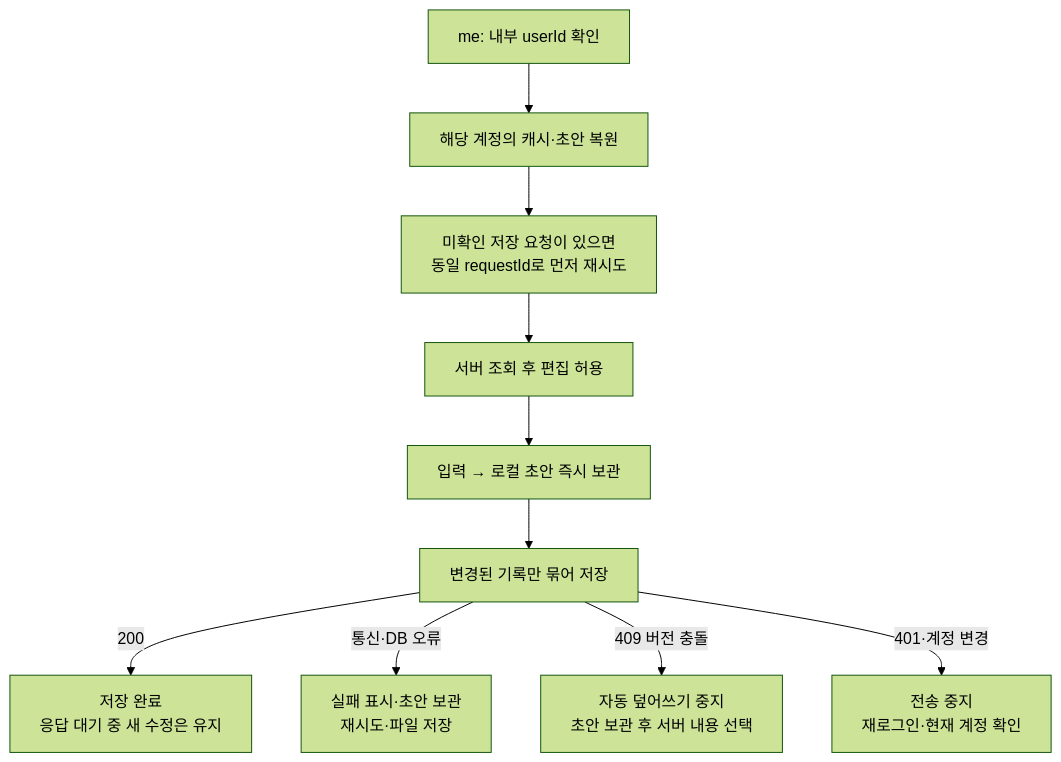
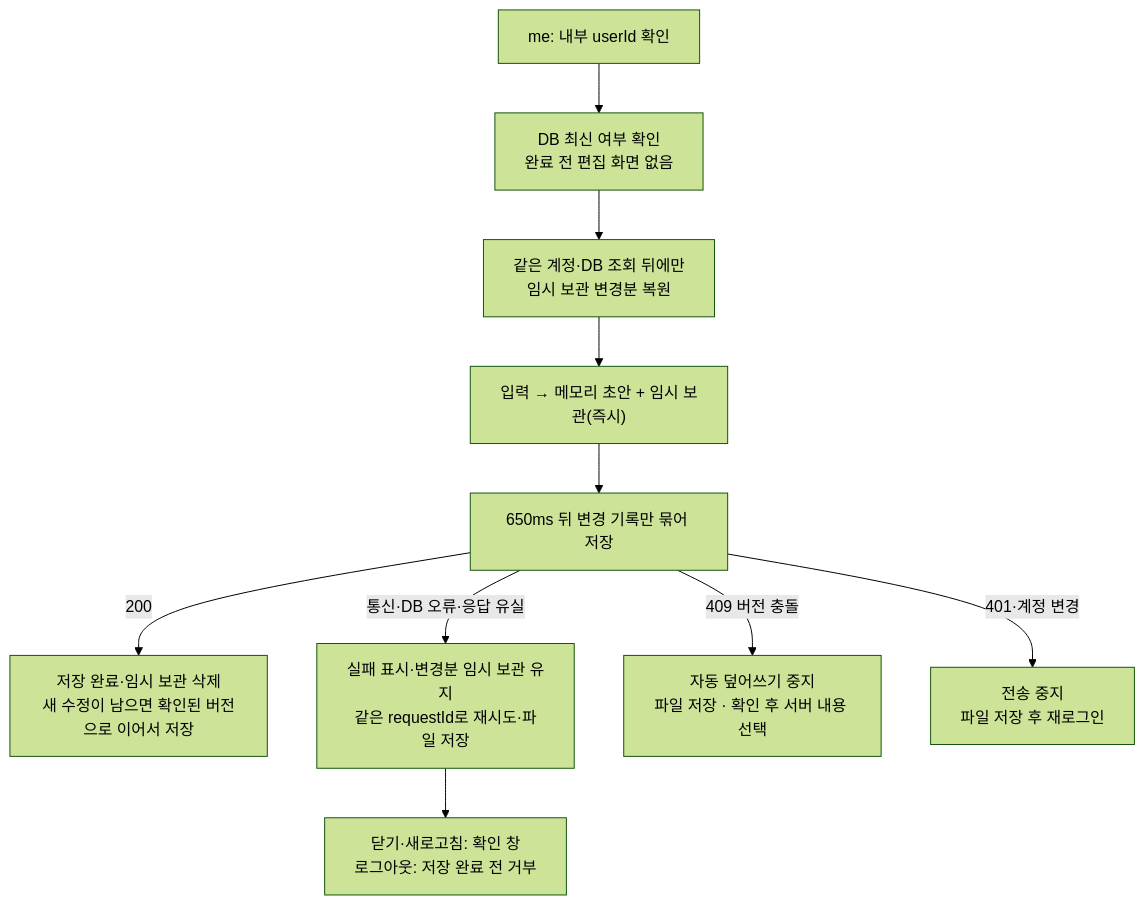
One commit to ChoHadam/plannet changed the second of 2 diagrams in docs/account-storage-design.md. Above: the diagram before and after it, drawn with Mermaid (forest theme). The commit also changed other lines of this file and 126 other files, not shown here.

````diff
--- a/docs/account-storage-design.md
+++ b/docs/account-storage-design.md
@@ -29,12 +40,12 @@
 ```mermaid
 flowchart TD
-    Login["me: 내부 userId 확인"] --> Local["해당 계정의 캐시·초안 복원"]
-    Local --> Retry["미확인 저장 요청이 있으면<br/>동일 requestId로 먼저 재시도"]
-    Retry --> Read["서버 조회 후 편집 허용"]
-    Read --> Edit["입력 → 로컬 초안 즉시 보관"]
-    Edit --> Save["변경된 기록만 묶어 저장"]
-    Save -->|"200"| Done["저장 완료<br/>응답 대기 중 새 수정은 유지"]
-    Save -->|"통신·DB 오류"| Keep["실패 표시·초안 보관<br/>재시도·파일 저장"]
-    Save -->|"409 버전 충돌"| Conflict["자동 덮어쓰기 중지<br/>초안 보관 후 서버 내용 선택"]
-    Save -->|"401·계정 변경"| Stop["전송 중지<br/>재로그인·현재 계정 확인"]
+    Login["me: 내부 userId 확인"] --> Read["DB 최신 여부 확인<br/>완료 전 편집 화면 없음"]
+    Read --> Restore["같은 계정·DB 조회 뒤에만<br/>임시 보관 변경분 복원"]
+    Restore --> Edit["입력 → 메모리 초안 + 임시 보관(즉시)"]
+    Edit --> Save["650ms 뒤 변경 기록만 묶어 저장"]
+    Save -->|"200"| Done["저장 완료·임시 보관 삭제<br/>새 수정이 남으면 확인된 버전으로 이어서 저장"]
+    Save -->|"통신·DB 오류·응답 유실"| Keep["실패 표시·변경분 임시 보관 유지<br/>같은 requestId로 재시도·파일 저장"]
+    Save -->|"409 버전 충돌"| Conflict["자동 덮어쓰기 중지<br/>파일 저장 · 확인 후 서버 내용 선택"]
+    Save -->|"401·계정 변경"| Stop["전송 중지<br/>파일 저장 후 재로그인"]
+    Keep --> Leave["닫기·새로고침: 확인 창<br/>로그아웃: 저장 완료 전 거부"]
 ```
````
